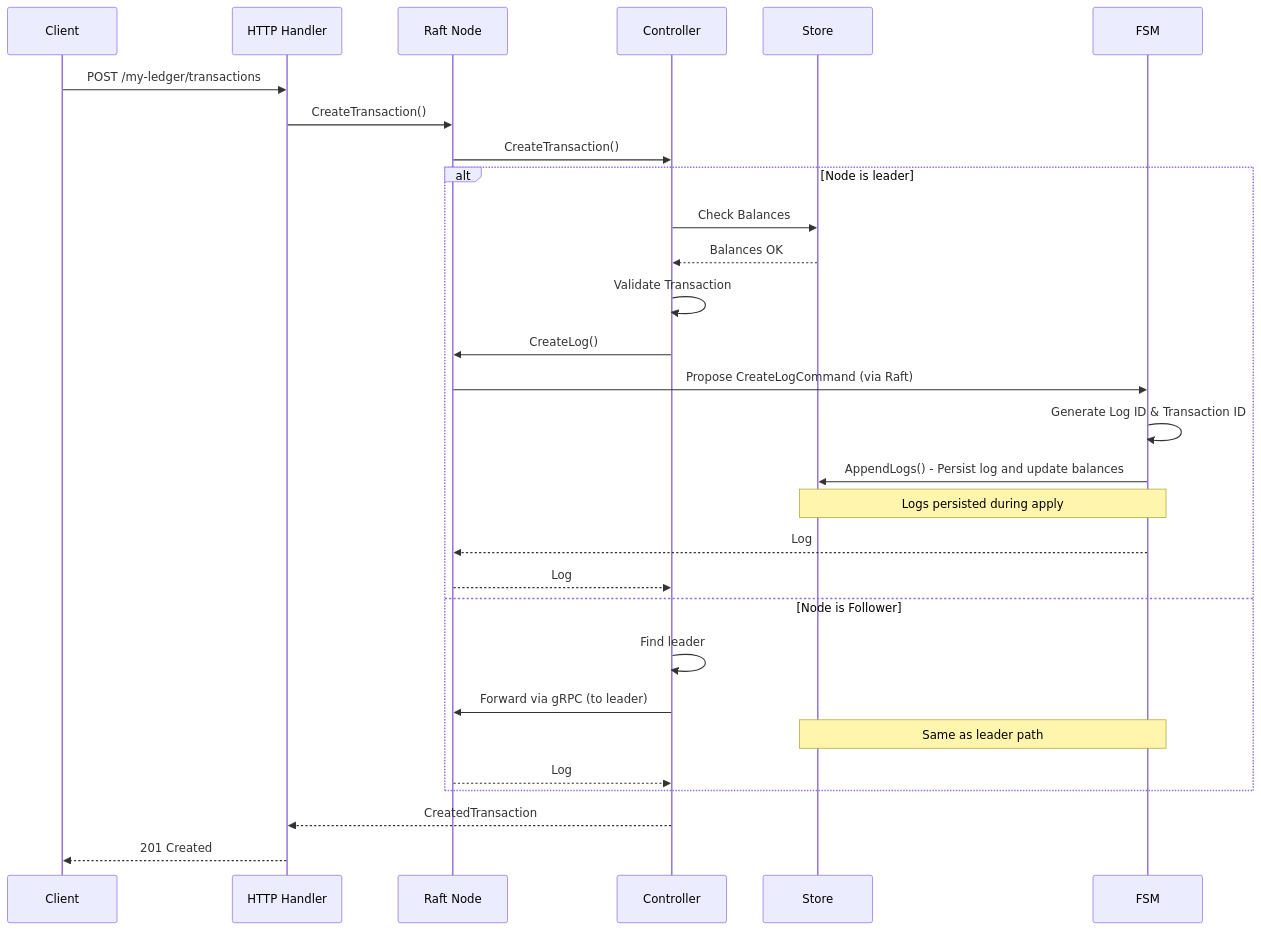
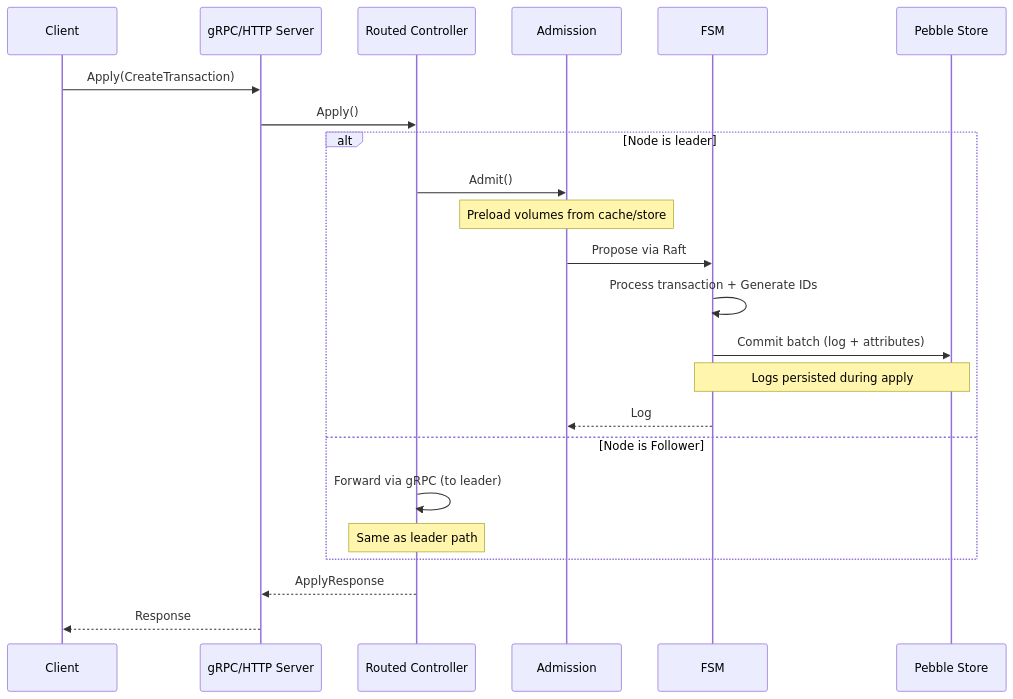
The second of 9 diagrams in docs/architecture/data-flows.md (formancehq/ledger), drawn with Mermaid before and after one commit. The commit also changed other lines of this file and 10 other files, not shown here.

First line of the commit message:
docs: fix outdated architecture documentation across 10 files

````diff
--- a/docs/architecture/data-flows.md
+++ b/docs/architecture/data-flows.md
@@ -72,34 +72,28 @@
 ```mermaid
 sequenceDiagram
     participant Client
-    participant HTTP as HTTP Handler
-    participant RaftNode as Raft Node
-    participant Controller as Controller
-    participant Store as Store
+    participant API as gRPC/HTTP Server
+    participant Ctrl as Routed Controller
+    participant Admission
     participant FSM as FSM
-    
-    Client->>HTTP: POST /my-ledger/transactions
-    HTTP->>RaftNode: CreateTransaction()
-    RaftNode->>Controller: CreateTransaction()
-    
+    participant Store as Pebble Store
+
+    Client->>API: Apply(CreateTransaction)
+    API->>Ctrl: Apply()
+
     alt Node is leader
-        Controller->>Store: Check Balances
-        Store-->>Controller: Balances OK
-        Controller->>Controller: Validate Transaction
-        Controller->>RaftNode: CreateLog()
-        RaftNode->>FSM: Propose CreateLogCommand (via Raft)
-        FSM->>FSM: Generate Log ID & Transaction ID
-        FSM->>Store: AppendLogs() - Persist log and update balances
+        Ctrl->>Admission: Admit()
+        Note over Admission: Preload volumes from cache/store
+        Admission->>FSM: Propose via Raft
+        FSM->>FSM: Process transaction + Generate IDs
+        FSM->>Store: Commit batch (log + attributes)
         Note over FSM,Store: Logs persisted during apply
-        FSM-->>RaftNode: Log
-        RaftNode-->>Controller: Log
+        FSM-->>Admission: Log
     else Node is Follower
-        Controller->>Controller: Find leader
-        Controller->>RaftNode: Forward via gRPC (to leader)
-        Note over FSM,Store: Same as leader path
-        RaftNode-->>Controller: Log
+        Ctrl->>Ctrl: Forward via gRPC (to leader)
+        Note over Ctrl: Same as leader path
     end
-    
-    Controller-->>HTTP: CreatedTransaction
-    HTTP-->>Client: 201 Created
+
+    Ctrl-->>API: ApplyResponse
+    API-->>Client: Response
 ```
````
